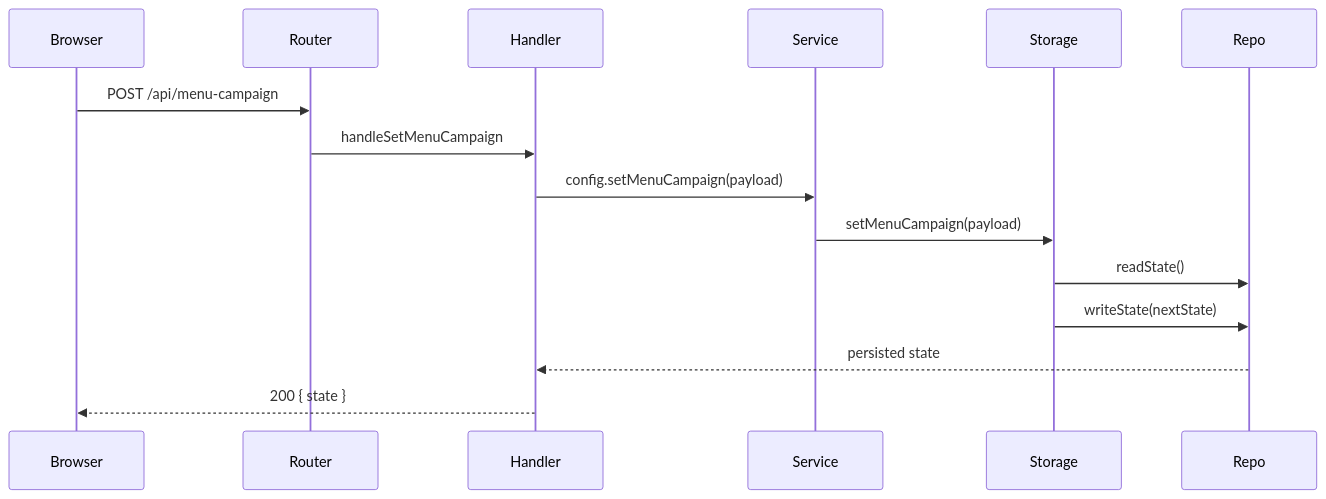
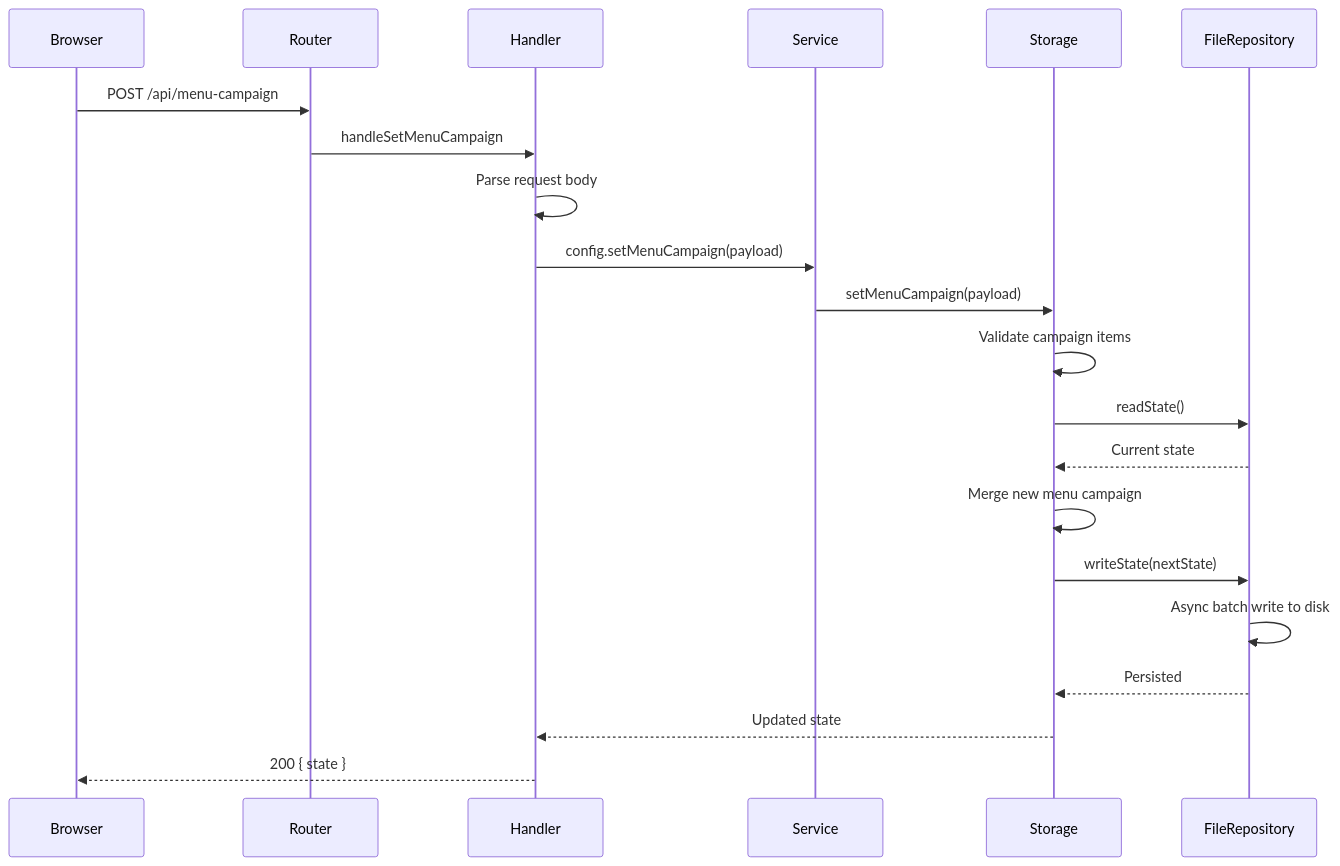
The sixth of 6 diagrams in docs/architecture/admin.md (fergouchyahya/IDS), drawn with Mermaid before and after one commit. The commit also changed other lines of this file and 14 other files, not shown here.

````diff
--- a/docs/architecture/admin.md
+++ b/docs/architecture/admin.md
@@ -169,18 +260,24 @@
 ```mermaid
 sequenceDiagram
     participant Browser
     participant Router
     participant Handler
     participant Service
     participant Storage
-    participant Repo
+    participant Repo as FileRepository
 
     Browser->>Router: POST /api/menu-campaign
     Router->>Handler: handleSetMenuCampaign
+    Handler->>Handler: Parse request body
     Handler->>Service: config.setMenuCampaign(payload)
     Service->>Storage: setMenuCampaign(payload)
+    Storage->>Storage: Validate campaign items
     Storage->>Repo: readState()
+    Repo-->>Storage: Current state
+    Storage->>Storage: Merge new menu campaign
     Storage->>Repo: writeState(nextState)
-    Repo-->>Handler: persisted state
+    Repo->>Repo: Async batch write to disk
+    Repo-->>Storage: Persisted
+    Storage-->>Handler: Updated state
     Handler-->>Browser: 200 { state }
 ```
````
